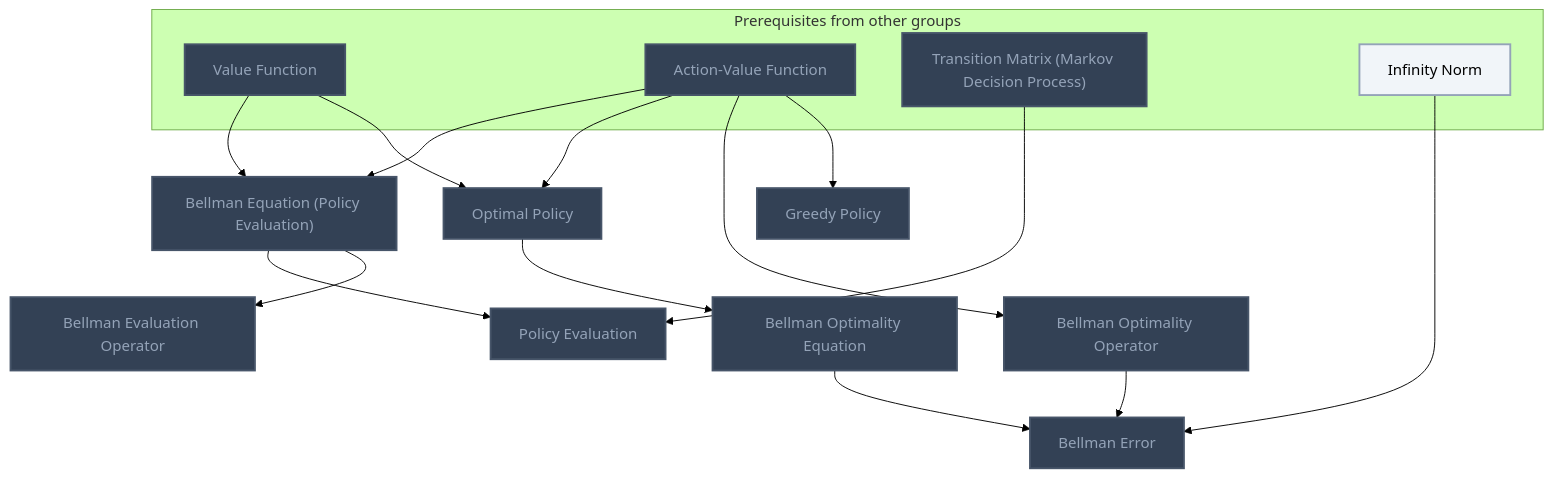
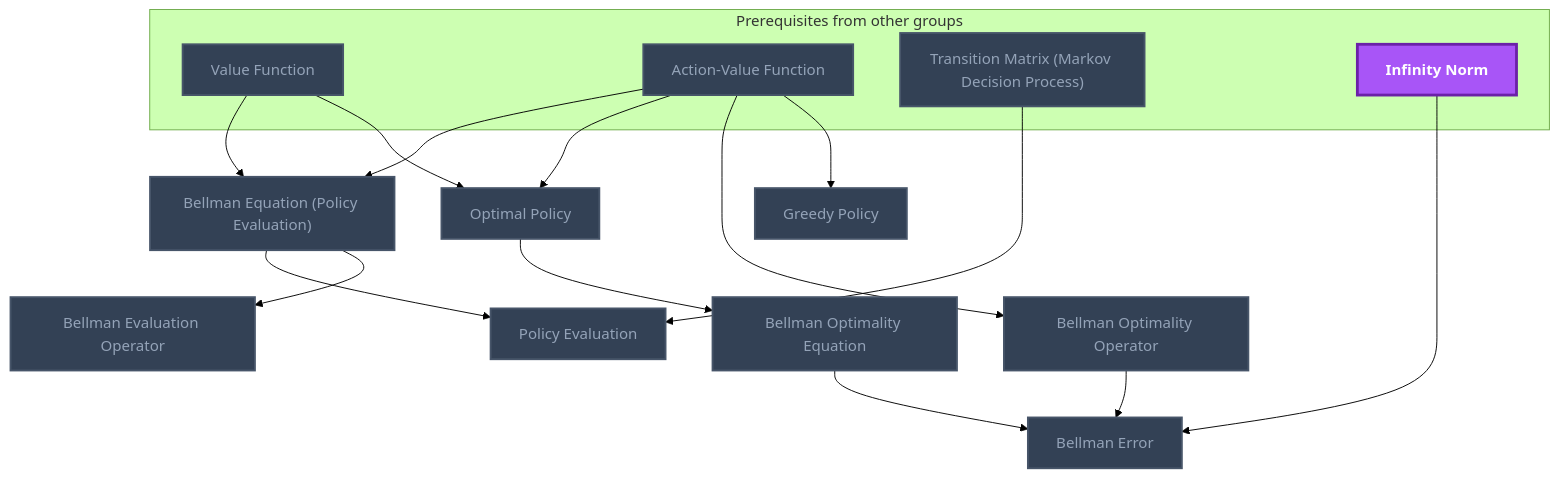
Before and after one commit to MRauf1/My-Notes: the third of 11 diagrams in Gamification/Skill Trees/Reinforcement Learning.md, drawn with Mermaid (forest theme). The commit also changed other lines of this file and 145 other files, not shown here.

````diff
--- a/Gamification/Skill Trees/Reinforcement Learning.md
+++ b/Gamification/Skill Trees/Reinforcement Learning.md
@@ -102,42 +102,42 @@
 ```mermaid
 flowchart TD
     classDef planned fill:#1E293B,stroke:#64748B,stroke-width:2px,stroke-dasharray:5 5,color:#94A3B8;
     classDef locked fill:#334155,stroke:#475569,stroke-width:2px,color:#94A3B8;
     classDef L0 fill:#F1F5F9,stroke:#94A3B8,stroke-width:2px,color:#000000;
     classDef L1 fill:#22C55E,stroke:#15803D,stroke-width:2px,color:#000000;
     classDef L2 fill:#3B82F6,stroke:#1D4ED8,stroke-width:3px,color:#FFFFFF;
     classDef L3 fill:#A855F7,stroke:#6B21A8,stroke-width:3px,color:#FFFFFF,font-weight:bold;
     classDef L4 fill:#F97316,stroke:#C2410C,stroke-width:4px,color:#000000,font-weight:bold;
     classDef L5 fill:#FFD700,stroke:#FF8C00,stroke-width:5px,color:#000000,font-weight:bold;
     classDef rusty stroke:#8B4513,stroke-width:4px,stroke-dasharray:3 3;
     subgraph sg_prereqs["Prerequisites from other groups"]
         n_value_function["Value Function"]
         n_action_value_function["Action-Value Function"]
         n_transition_matrix_markov_decision_process["Transition Matrix (Markov Decision Process)"]
         n_infinity_norm["Infinity Norm"]
     end
     n_bellman_equation_policy_evaluation["Bellman Equation (Policy Evaluation)"]
     n_policy_evaluation["Policy Evaluation"]
     n_optimal_policy["Optimal Policy"]
     n_bellman_optimality_equation["Bellman Optimality Equation"]
     n_bellman_optimality_operator["Bellman Optimality Operator"]
     n_bellman_error["Bellman Error"]
     n_greedy_policy["Greedy Policy"]
     n_bellman_evaluation_operator["Bellman Evaluation Operator"]
     n_value_function --> n_bellman_equation_policy_evaluation
     n_action_value_function --> n_bellman_equation_policy_evaluation
     n_bellman_equation_policy_evaluation --> n_policy_evaluation
     n_transition_matrix_markov_decision_process --> n_policy_evaluation
     n_value_function --> n_optimal_policy
     n_action_value_function --> n_optimal_policy
     n_optimal_policy --> n_bellman_optimality_equation
     n_action_value_function --> n_bellman_optimality_operator
     n_bellman_optimality_equation --> n_bellman_error
     n_bellman_optimality_operator --> n_bellman_error
     n_infinity_norm --> n_bellman_error
     n_action_value_function --> n_greedy_policy
     n_bellman_equation_policy_evaluation --> n_bellman_evaluation_operator
     class n_value_function,n_action_value_function,n_transition_matrix_markov_decision_process,n_bellman_equation_policy_evaluation,n_policy_evaluation,n_optimal_policy,n_bellman_optimality_equation,n_bellman_optimality_operator,n_bellman_error,n_greedy_policy,n_bellman_evaluation_operator locked;
-    class n_infinity_norm L0;
+    class n_infinity_norm L3;
     class n_value_function,n_action_value_function,n_transition_matrix_markov_decision_process,n_infinity_norm,n_bellman_equation_policy_evaluation,n_policy_evaluation,n_optimal_policy,n_bellman_optimality_equation,n_bellman_optimality_operator,n_bellman_error,n_greedy_policy,n_bellman_evaluation_operator internal-link;
 ```
````
